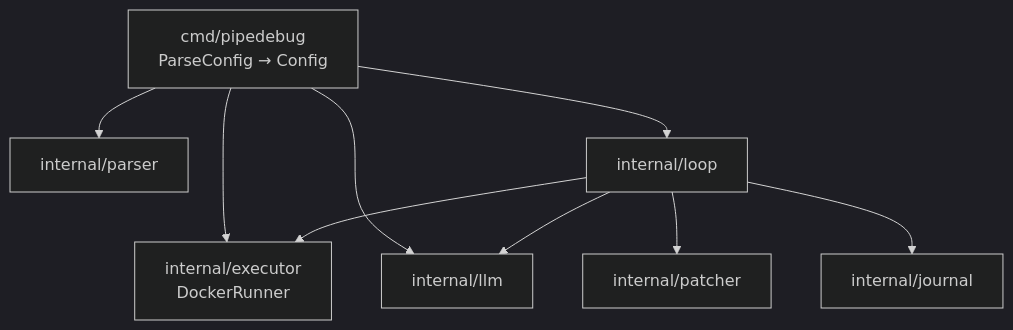
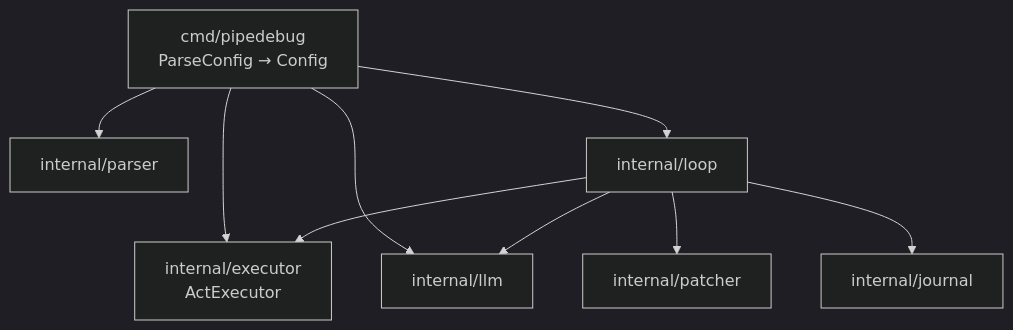
Before and after one commit to paramtully/Ci-Cd-Pipeline-Debugger: the third of 4 diagrams in docs/TECHNICAL_DESIGN.md, drawn with Mermaid (dark theme). The commit also changed other lines of this file and 9 other files, not shown here.

````diff
--- a/docs/TECHNICAL_DESIGN.md
+++ b/docs/TECHNICAL_DESIGN.md
@@ -501,19 +538,19 @@
 ```mermaid
 flowchart TB
   cmd[cmd/pipedebug<br/>ParseConfig → Config]
   parser[internal/parser]
-  exec[internal/executor<br/>DockerRunner]
+  exec[internal/executor<br/>ActExecutor]
   llm[internal/llm]
   patch[internal/patcher]
   journal[internal/journal]
   loop[internal/loop]
 
   cmd --> parser
   cmd --> loop
   cmd --> exec
   cmd --> llm
   loop --> exec
   loop --> llm
   loop --> patch
   loop --> journal
 ```
````
